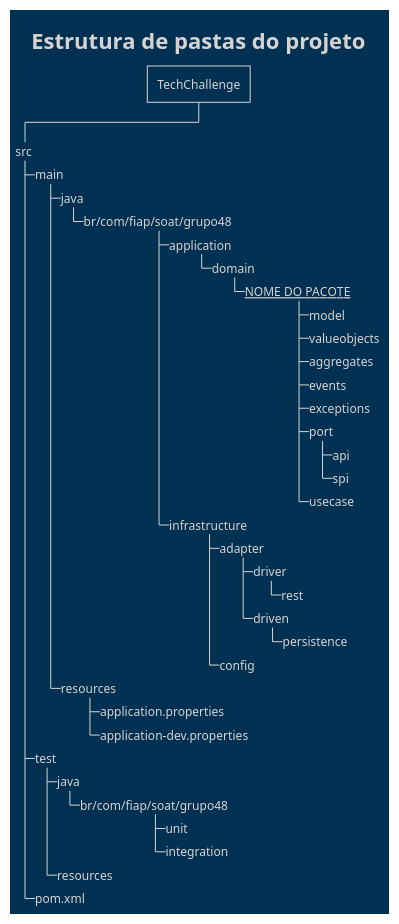
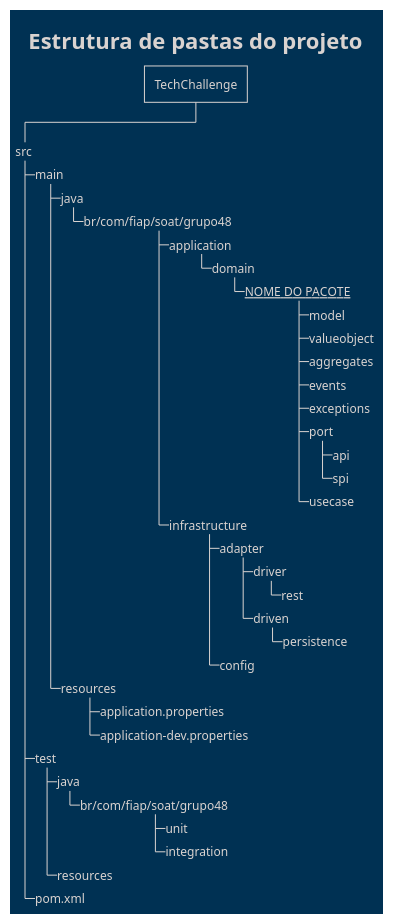
Before and after one commit to 4SOAT-G48/TechChallengeDocs: the diagram in Diagrams/Architecture/ProjectFolderStructure.puml, drawn with PlantUML. The commit also changed 1 other file, not shown here.

```diff
--- a/Diagrams/Architecture/ProjectFolderStructure.puml
+++ b/Diagrams/Architecture/ProjectFolderStructure.puml
@@ -1,47 +1,47 @@
 @startwbs ProjectFolderStructure
 
 !theme blueprint
 '!theme mimeograph
 '!theme reddress-darkblue
 '!theme vibrant
 
 title
     Estrutura de pastas do projeto
 end title
 
 * TechChallenge
 **_ src
 ***_ main
 ****_ java
 *****_ br/com/fiap/soat/grupo48
 ******_ application
 *******_ domain
 ********_ __NOME DO PACOTE__
 *********_ model
-*********_ valueobjects
+*********_ valueobject
 *********_ aggregates
 *********_ events
 *********_ exceptions
 *********_ port
 **********_ api
 **********_ spi
 *********_ usecase
 ******_ infrastructure
 *******_ adapter
 ********_ driver
 *********_ rest
 ********_ driven
 *********_ persistence
 *******_ config
 ****_ resources
 *****_ application.properties
 *****_ application-dev.properties
 ***_ test
 ****_ java
 *****_ br/com/fiap/soat/grupo48
 ******_ unit
 ******_ integration
 ****_ resources
 ***_ pom.xml
 
 @endwbs
```
